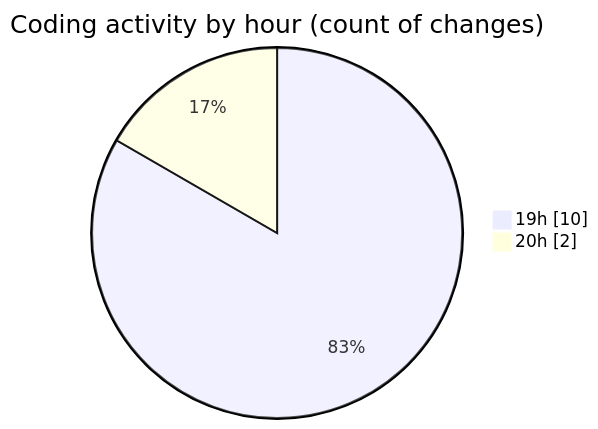
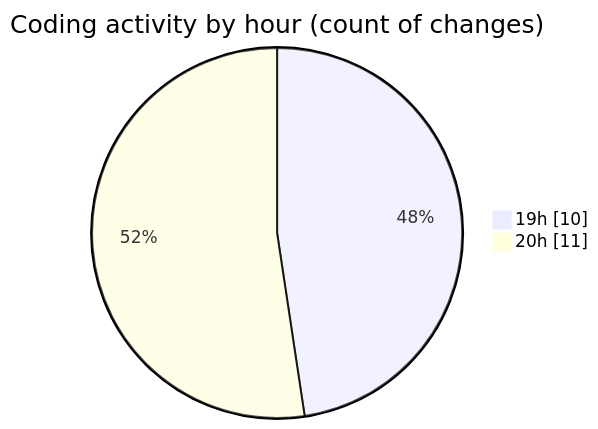
One commit to charlie-sans/code-tracking changed the second of 2 diagrams in 2025-01-28/trollerboard/README.md. Above: the diagram before and after it, drawn with Mermaid. The commit also changed other lines of this file and 1 other file, not shown here.

````diff
--- a/2025-01-28/trollerboard/README.md
+++ b/2025-01-28/trollerboard/README.md
@@ -35,6 +35,6 @@
 ```mermaid
 pie showData
 title Coding activity by hour (count of changes)
 "19h" : 10
-"20h" : 2
+"20h" : 11
 ```
````
